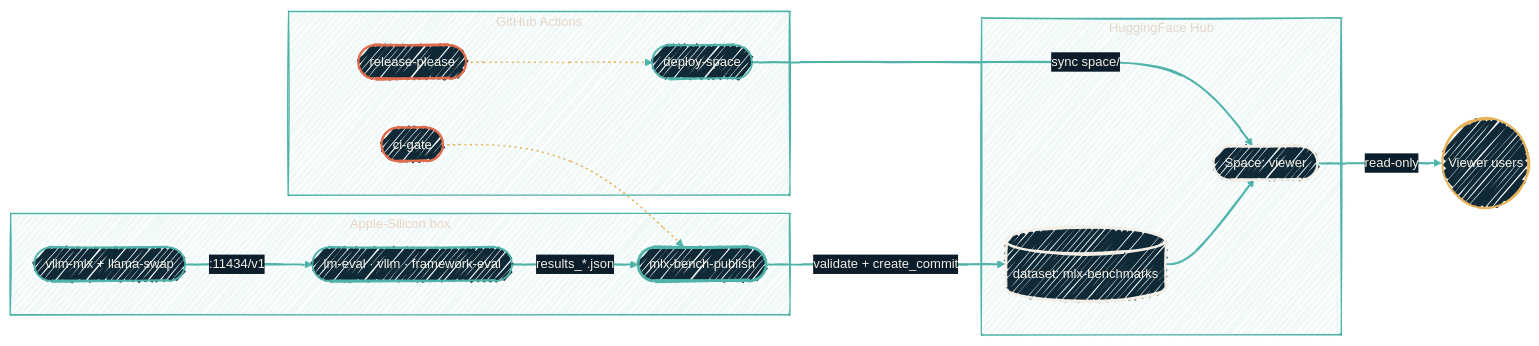
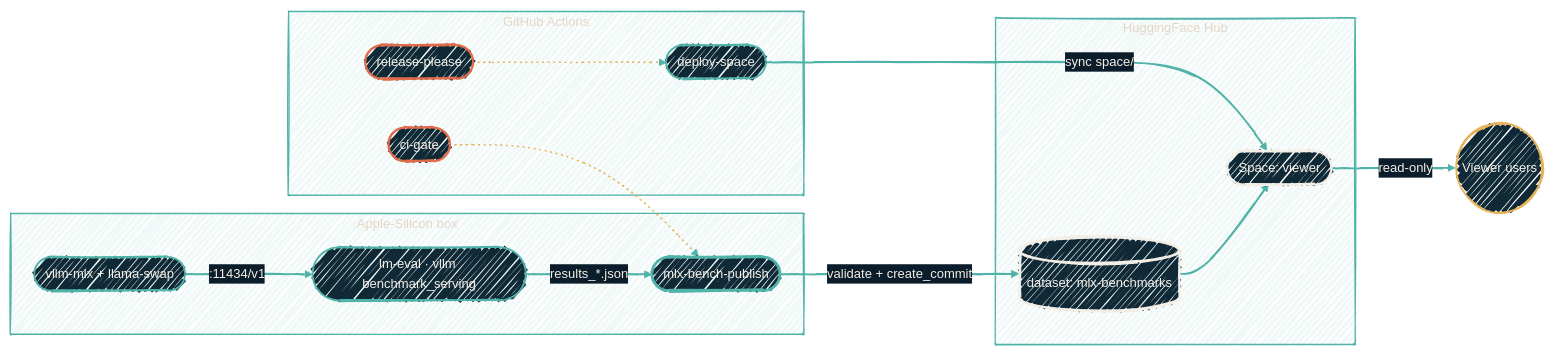
Before and after one commit to JacobPEvans/mlx-benchmarks: the first of 3 diagrams in docs/architecture.md, drawn with Mermaid. The commit also changed other lines of this file and 36 other files, not shown here.

First line of the commit message:
feat!: simplify to schema/publish core; add cross-machine hostname (#92)

````diff
--- a/docs/architecture.md
+++ b/docs/architecture.md
@@ -7,61 +7,61 @@
 ```mermaid
 %%{init: {
   'theme':'base',
   'look':'handDrawn',
   'themeVariables':{
     'fontFamily':'Geist',
     'fontSize':'14px',
     'primaryColor':'#102937',
     'primaryTextColor':'#F4EFE6',
     'primaryBorderColor':'#4FB3A9',
     'lineColor':'#4FB3A9',
     'secondaryColor':'#0B1D2A',
     'tertiaryColor':'#1A2A38',
     'clusterBkg':'rgba(79,179,169,0.08)',
     'clusterBorder':'#4FB3A9'
   }
 }}%%
 flowchart LR
   subgraph Local["Apple-Silicon box"]
     Serve([vllm-mlx + llama-swap])
-    Eval([lm-eval · vllm · framework-eval])
+    Eval([lm-eval · vllm benchmark_serving])
     CLI([mlx-bench-publish])
   end
 
   subgraph CI["GitHub Actions"]
     Gate([ci-gate])
     RP([release-please])
     Deploy([deploy-space])
   end
 
   subgraph HF["HuggingFace Hub"]
     Dataset[("dataset: mlx-benchmarks")]
     Space([Space: viewer])
   end
 
   Users((Viewer users))
 
   Serve -->|":11434/v1"| Eval
   Eval -->|"results_*.json"| CLI
   CLI -->|"validate + create_commit"| Dataset
   Deploy -->|"sync space/"| Space
   Dataset --> Space
   Space -->|"read-only"| Users
   Gate -.-> CLI
   RP -.-> Deploy
 
   classDef stack  fill:#102937,stroke:#4FB3A9,stroke-width:2px,color:#F4EFE6;
   classDef core   fill:#102937,stroke:#4FB3A9,stroke-width:3px,color:#F4EFE6;
   classDef gate   fill:#102937,stroke:#E06B4A,stroke-width:2.5px,color:#F4EFE6;
   classDef store  fill:#102937,stroke:#F4EFE6,stroke-width:2.5px,color:#F4EFE6;
   classDef actor  fill:#102937,stroke:#E6B35A,stroke-width:2px,color:#F4EFE6;
 
   class Serve,Eval,Deploy stack
   class CLI core
   class Gate,RP gate
   class Dataset,Space store
   class Users actor
 
   linkStyle 0,1,2,3,4,5 stroke:#4FB3A9,stroke-width:2px;
   linkStyle 6,7 stroke:#E6B35A,stroke-width:1.5px,stroke-dasharray:2 4;
 ```
````
